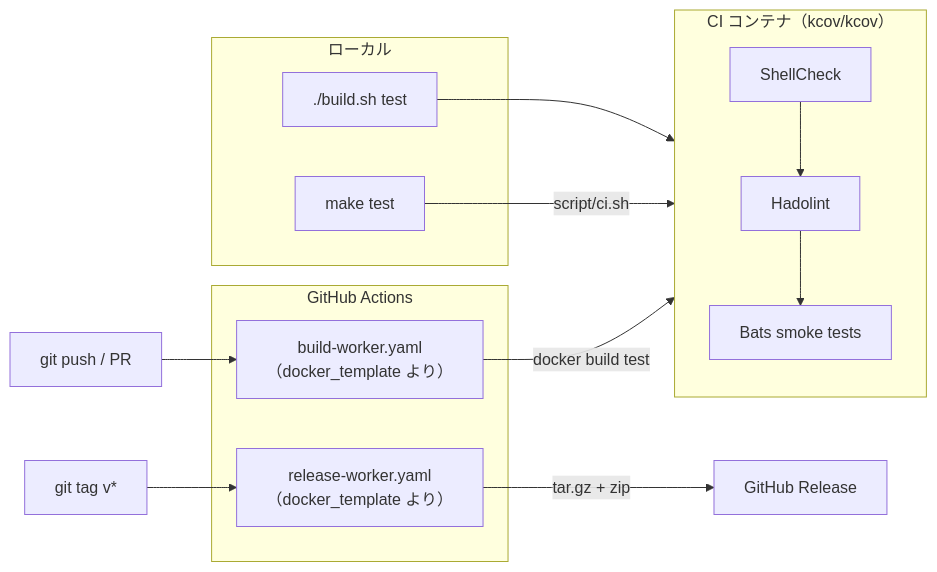
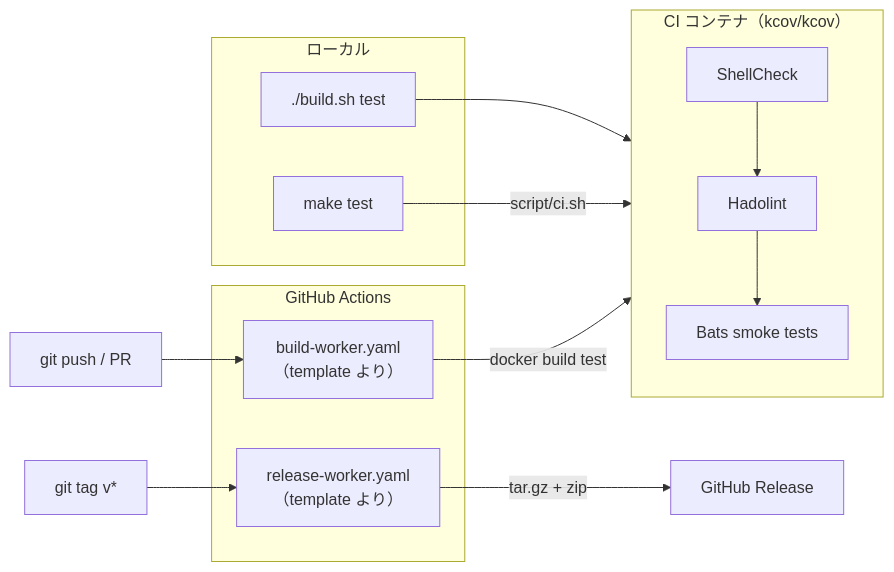
The second of 2 diagrams in doc/readme/README.ja.md (ycpss91255-docker/base), drawn with Mermaid before and after one commit. The commit also changed other lines of this file and 24 other files, not shown here.

First line of the commit message:
feat!: rename docker_template → template

````diff
--- a/doc/readme/README.ja.md
+++ b/doc/readme/README.ja.md
@@ -78,27 +78,27 @@
 ```mermaid
 flowchart LR
     subgraph local["ローカル"]
         build_test["./build.sh test"]
         make_test["make test"]
     end
 
     subgraph ci_container["CI コンテナ（kcov/kcov）"]
         shellcheck["ShellCheck"]
         hadolint["Hadolint"]
         bats["Bats smoke tests"]
     end
 
     subgraph github["GitHub Actions"]
-        build_worker["build-worker.yaml<br/>（docker_template より）"]
-        release_worker["release-worker.yaml<br/>（docker_template より）"]
+        build_worker["build-worker.yaml<br/>（template より）"]
+        release_worker["release-worker.yaml<br/>（template より）"]
     end
 
     build_test --> ci_container
     make_test -->|"script/ci.sh"| ci_container
     shellcheck --> hadolint --> bats
 
     push["git push / PR"] --> build_worker
     build_worker -->|"docker build test"| ci_container
     tag["git tag v*"] --> release_worker
     release_worker -->|"tar.gz + zip"| release["GitHub Release"]
 ```
````
